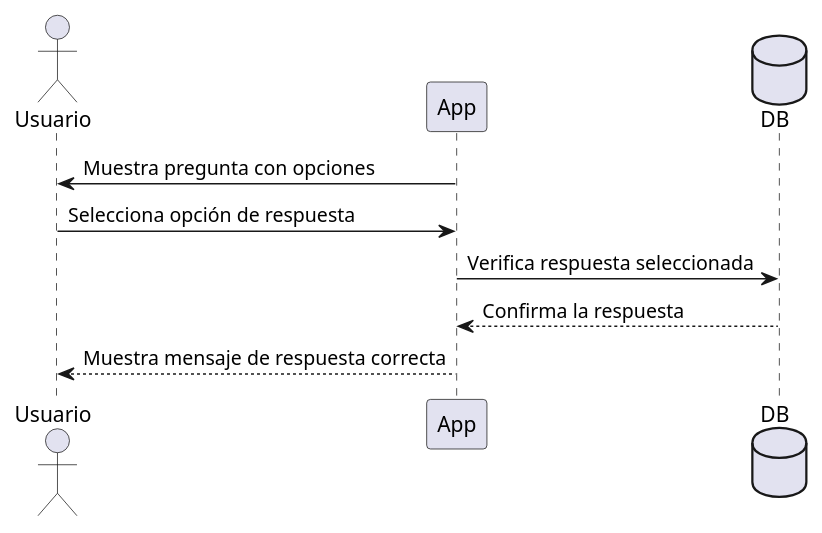
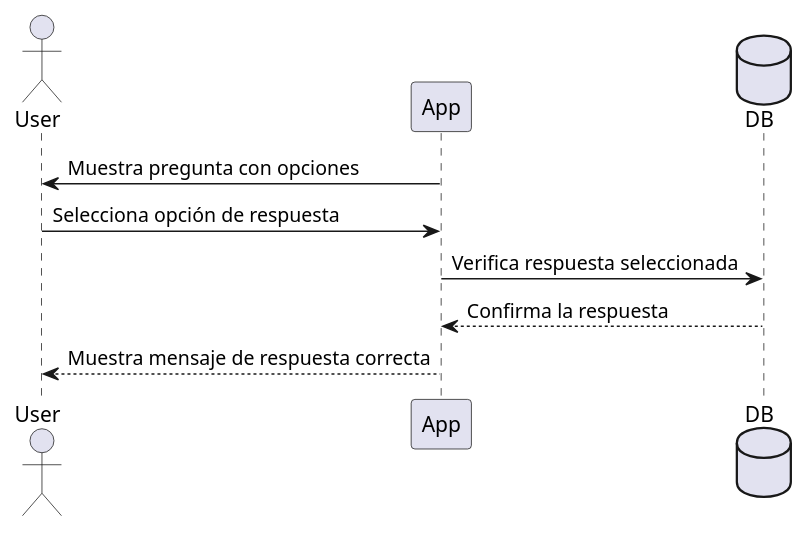
The third of 3 diagrams in docs/src/06_runtime_view.adoc (Arquisoft/wiq_es6b), drawn with PlantUML before and after one commit. The commit also changed other lines of this file, not shown here.

Commit message:
Corrección diagramas sección 6

```diff
--- a/docs/src/06_runtime_view.adoc
+++ b/docs/src/06_runtime_view.adoc
@@ -38,12 +38,12 @@
 [plantuml,"Sequence diagram",png]
 ----
-actor Usuario
+actor User
 participant App
 database DB
 
-App -> Usuario: Muestra pregunta con opciones
-Usuario -> App: Selecciona opción de respuesta
+User <- App: Muestra pregunta con opciones
+User -> App: Selecciona opción de respuesta
 App -> DB: Verifica respuesta seleccionada
-DB --> App: Confirma la respuesta
-App --> Usuario: Muestra mensaje de respuesta correcta
+App <-- DB: Confirma la respuesta
+User <-- App: Muestra mensaje de respuesta correcta
 ----
```
